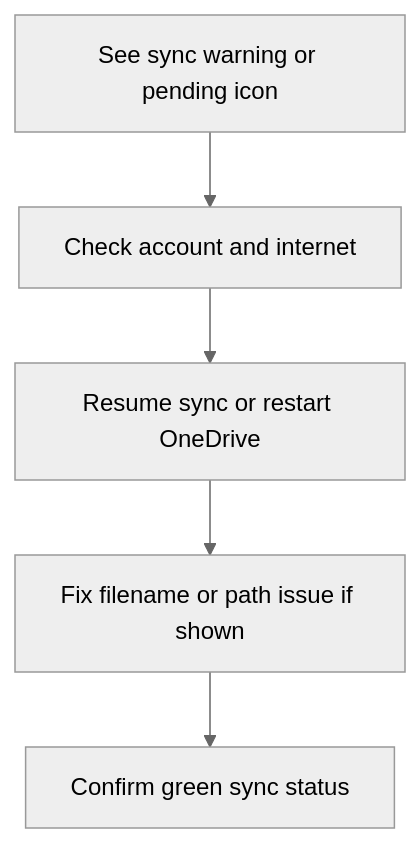
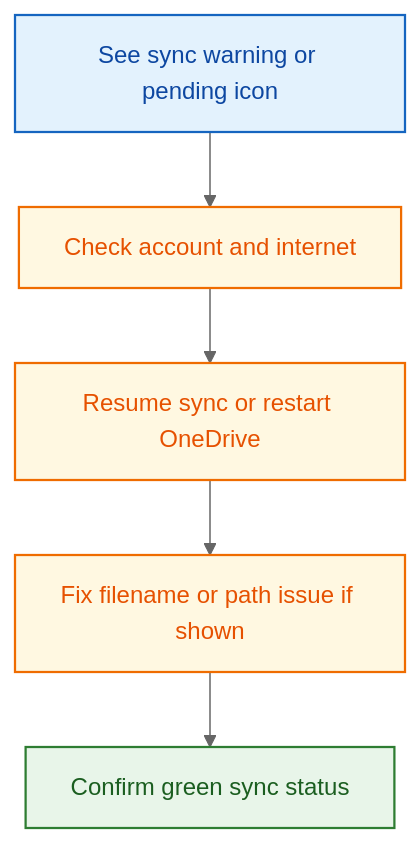
One commit to PrathamGitHub/Geo-CAD-Practical-Reference changed the fourth of 4 diagrams in docs/onedrive-reference.md. Above: the diagram before and after it, drawn with Mermaid (neutral theme). The commit also changed other lines of this file and 7 other files, not shown here.

Commit message:
Enhance documentation with updated flowcharts and class definitions for improved clarity and usability across AutoCAD Civil 3D, Excel 365, Google Earth Pro, OneDrive, and QGIS workflows.

````diff
--- a/docs/onedrive-reference.md
+++ b/docs/onedrive-reference.md
@@ -137,7 +164,16 @@
 ```mermaid
 flowchart TD
     A[See sync warning or pending icon] --> B[Check account and internet]
     B --> C[Resume sync or restart OneDrive]
     C --> D[Fix filename or path issue if shown]
     D --> E[Confirm green sync status]
+
+    classDef input fill:#e3f2fd,stroke:#1565c0,stroke-width:1.5px,color:#0d47a1;
+    classDef process fill:#fff8e1,stroke:#ef6c00,stroke-width:1.5px,color:#e65100;
+    classDef decision fill:#ffebee,stroke:#c62828,stroke-width:1.5px,color:#8e0000;
+    classDef output fill:#e8f5e9,stroke:#2e7d32,stroke-width:1.5px,color:#1b5e20;
+
+    class A input;
+    class B,C,D process;
+    class E output;
 ```
````
